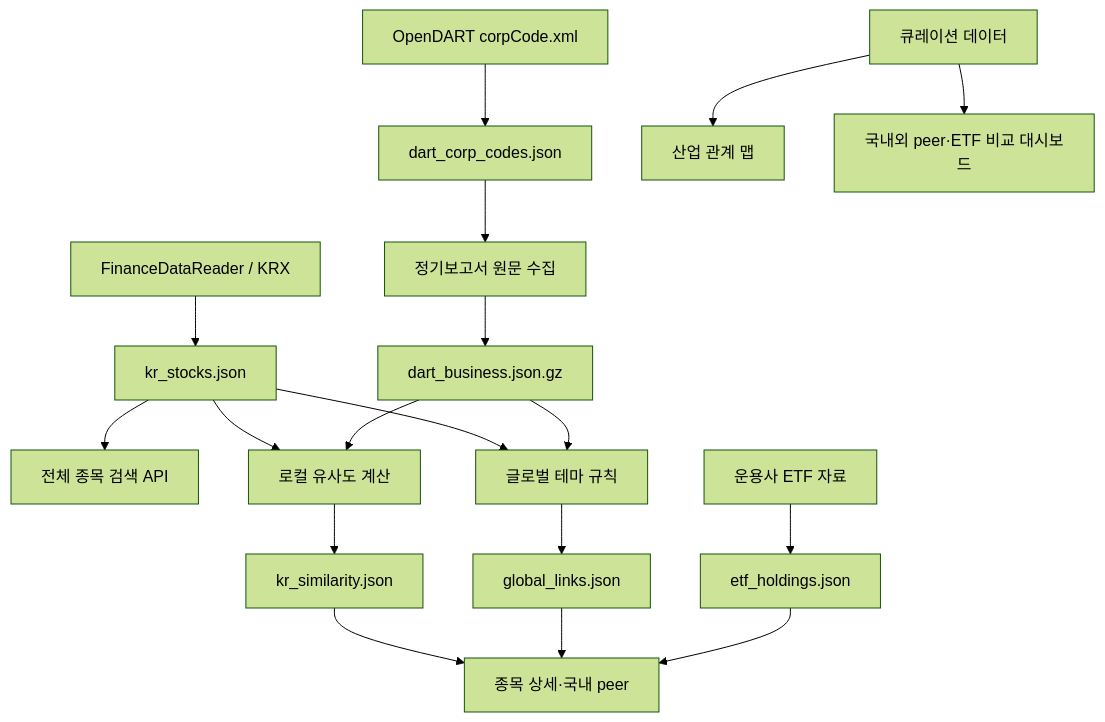
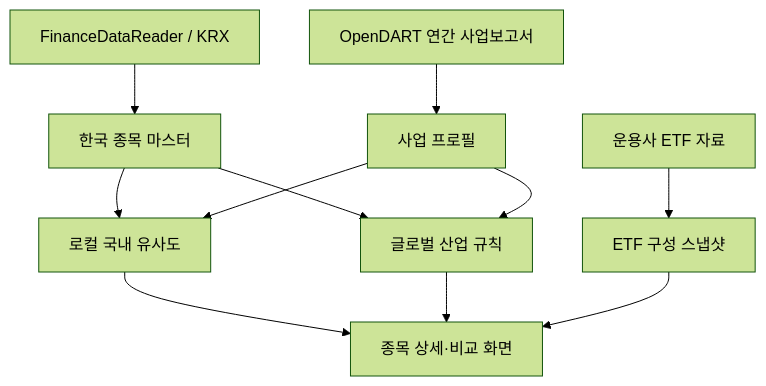
Before and after one commit to spark142857142857/BeforeBuy: the second of 2 diagrams in README.md, drawn with Mermaid (forest theme). The commit also changed other lines of this file, not shown here.

````diff
--- a/README.md
+++ b/README.md
@@ -232,24 +160,13 @@
 ```mermaid
 flowchart TD
-    KRX["FinanceDataReader / KRX"] --> MASTER["kr_stocks.json"]
-    MASTER --> SEARCH["전체 종목 검색 API"]
-    MASTER --> SCORE["로컬 유사도 계산"]
-
-    DART_CODE["OpenDART corpCode.xml"] --> CORP["dart_corp_codes.json"]
-    CORP --> DART_DOC["정기보고서 원문 수집"]
-    DART_DOC --> BUSINESS["dart_business.json.gz"]
-    BUSINESS --> SCORE
-
-    SCORE --> SIMILAR["kr_similarity.json"]
-    SIMILAR --> DETAIL["종목 상세·국내 peer"]
-
-    MASTER --> GLOBAL["글로벌 테마 규칙"]
-    BUSINESS --> GLOBAL
-    GLOBAL --> LINKS["global_links.json"]
-    LINKS --> DETAIL
-
-    CURATED["큐레이션 데이터"] --> MAP["산업 관계 맵"]
-    CURATED --> DASHBOARD["국내외 peer·ETF 비교 대시보드"]
-    ETF["운용사 ETF 자료"] --> HOLDINGS["etf_holdings.json"]
-    HOLDINGS --> DETAIL
+    KRX["FinanceDataReader / KRX"] --> MASTER["한국 종목 마스터"]
+    DART["OpenDART 연간 사업보고서"] --> PROFILE["사업 프로필"]
+    MASTER --> SIMILAR["로컬 국내 유사도"]
+    PROFILE --> SIMILAR
+    MASTER --> GLOBAL["글로벌 산업 규칙"]
+    PROFILE --> GLOBAL
+    ETF["운용사 ETF 자료"] --> HOLDINGS["ETF 구성 스냅샷"]
+    SIMILAR --> WEB["종목 상세·비교 화면"]
+    GLOBAL --> WEB
+    HOLDINGS --> WEB
 ```
````
